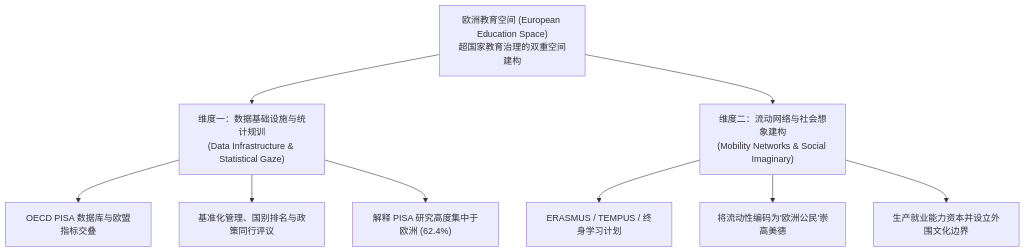
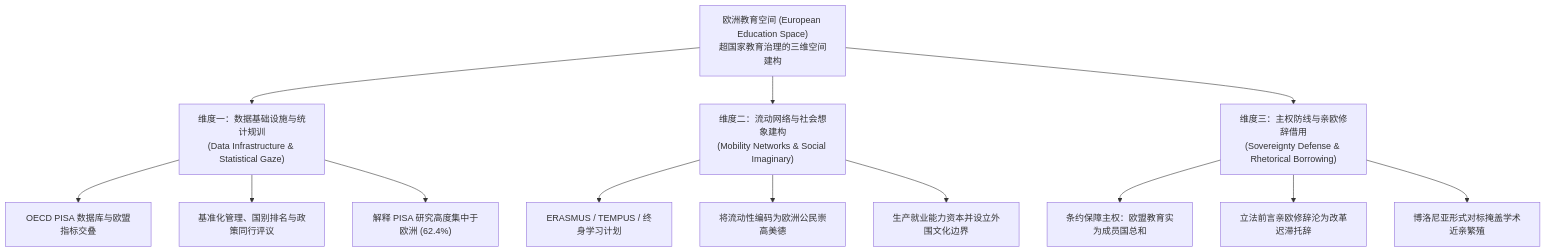
One commit to likemie/vault-notes changed the diagram in wiki/concepts/comparative-education/European Education Space.md. Above: the diagram before and after it, drawn with Mermaid. The commit also changed other lines of this file and 12 other files, not shown here.

````diff
--- a/wiki/concepts/comparative-education/European Education Space.md
+++ b/wiki/concepts/comparative-education/European Education Space.md
@@ -102,15 +109,20 @@
 ```mermaid
 graph TD
-    EES["欧洲教育空间 (European Education Space)<br>超国家教育治理的双重空间建构"]
+    EES["欧洲教育空间 (European Education Space)<br>超国家教育治理的三维空间建构"]
     
     EES --> M1["维度一：数据基础设施与统计规训<br>(Data Infrastructure & Statistical Gaze)"]
     EES --> M2["维度二：流动网络与社会想象建构<br>(Mobility Networks & Social Imaginary)"]
+    EES --> M3["维度三：主权防线与亲欧修辞借用<br>(Sovereignty Defense & Rhetorical Borrowing)"]
     
     M1 --> D1["OECD PISA 数据库与欧盟指标交叠"]
     M1 --> D2["基准化管理、国别排名与政策同行评议"]
     M1 --> D3["解释 PISA 研究高度集中于欧洲 (62.4%)"]
 
     M2 --> S1["ERASMUS / TEMPUS / 终身学习计划"]
-    M2 --> S2["将流动性编码为'欧洲公民'崇高美德"]
+    M2 --> S2["将流动性编码为欧洲公民崇高美德"]
     M2 --> S3["生产就业能力资本并设立外围文化边界"]
+
+    M3 --> R1["条约保障主权：欧盟教育实为成员国总和"]
+    M3 --> R2["立法前言亲欧修辞沦为改革迟滞托辞"]
+    M3 --> R3["博洛尼亚形式对标掩盖学术近亲繁殖"]
 ```
````
